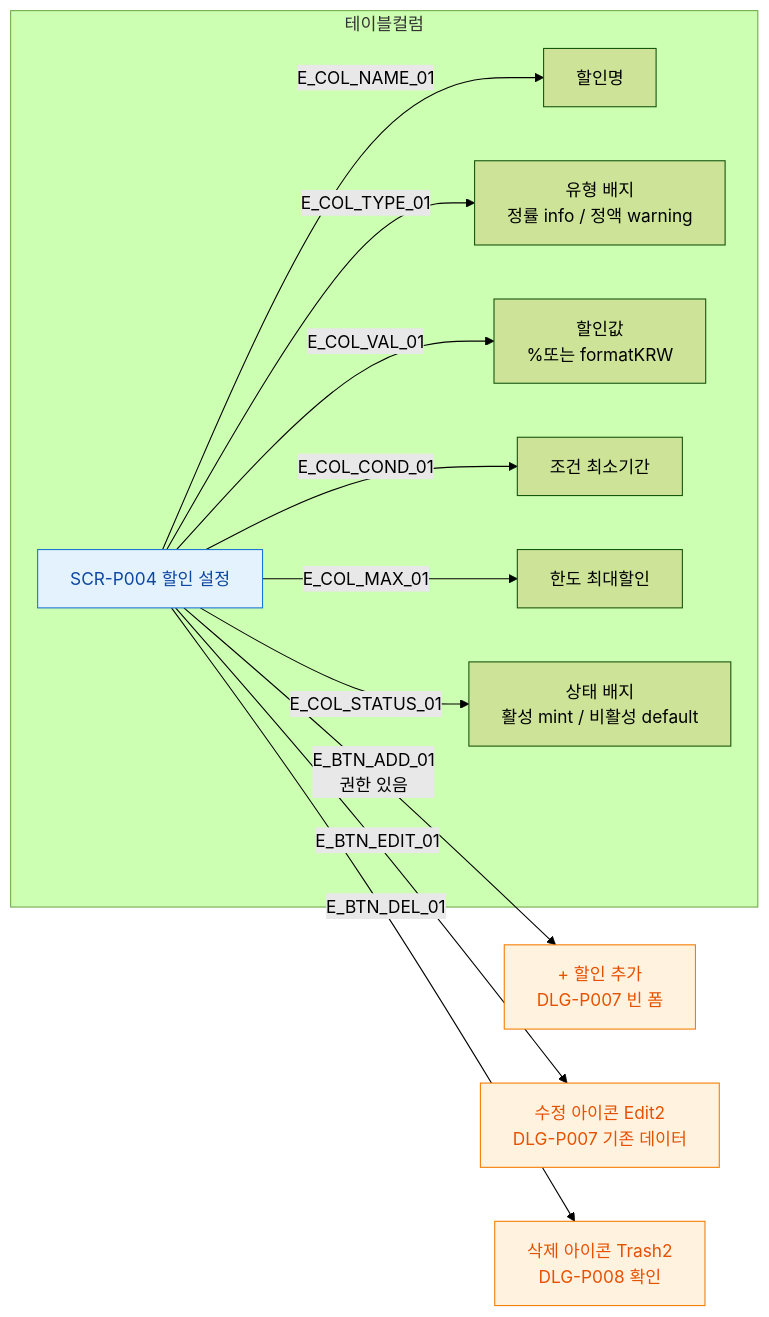
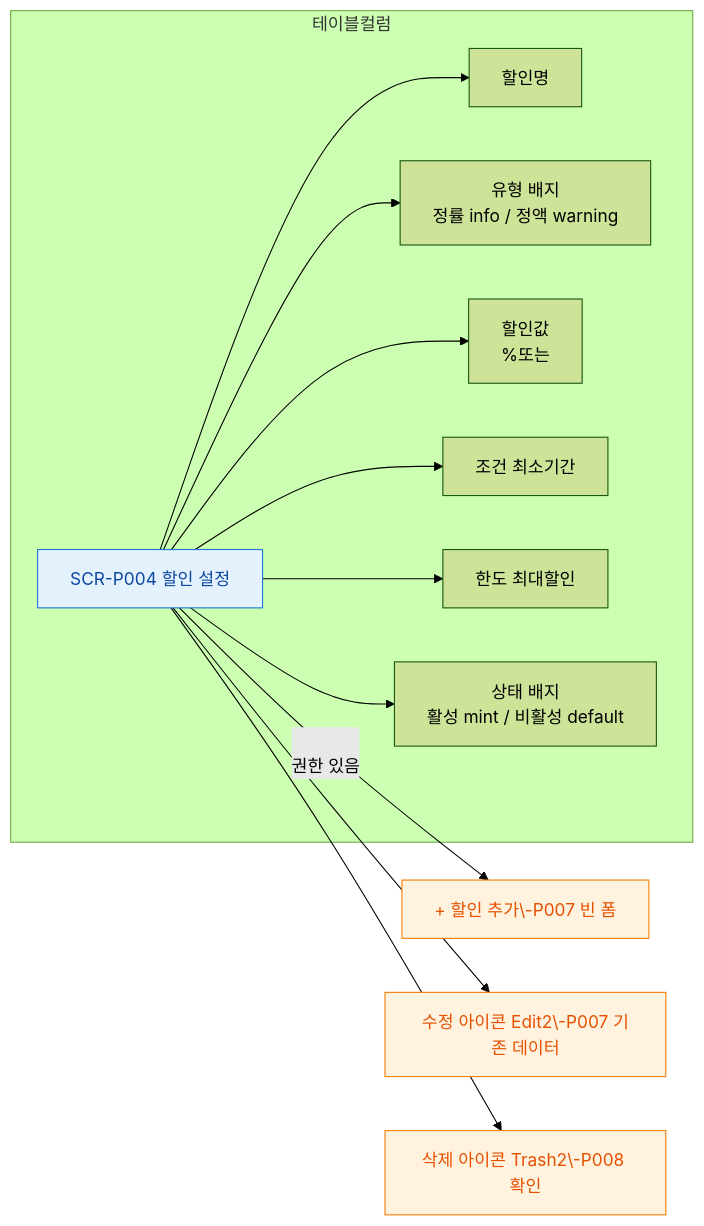
The diagram in docs/다이어그램/D05_상품관리/SCR-P004_할인설정/F3_버튼액션.md (dev-spogym/admin-pando), drawn with Mermaid (forest theme) before and after one commit. The commit also changed other lines of this file and 1660 other files, not shown here.

First line of the commit message:
다이어그램: 기획자/클라이언트 납품본으로 정리

````diff
--- a/docs/다이어그램/D05_상품관리/SCR-P004_할인설정/F3_버튼액션.md
+++ b/docs/다이어그램/D05_상품관리/SCR-P004_할인설정/F3_버튼액션.md
@@ -16,22 +14,22 @@
 ```mermaid
 flowchart LR
     SCR_P004[SCR-P004 할인 설정]
 
-    SCR_P004 -->|E_BTN_ADD_01\n권한 있음| BTN_ADD[+ 할인 추가\nDLG-P007 빈 폼]
-    SCR_P004 -->|E_BTN_EDIT_01| BTN_EDIT[수정 아이콘 Edit2\nDLG-P007 기존 데이터]
-    SCR_P004 -->|E_BTN_DEL_01| BTN_DEL[삭제 아이콘 Trash2\nDLG-P008 확인]
+    SCR_P004 -->|\n권한 있음|BTN_ADD[+ 할인 추가\-P007 빈 폼]
+    SCR_P004 --> BTN_EDIT[수정 아이콘 Edit2\-P007 기존 데이터]
+    SCR_P004 --> BTN_DEL[삭제 아이콘 Trash2\-P008 확인]
 
     subgraph 테이블컬럼
-        SCR_P004 -->|E_COL_NAME_01| COL_NAME[할인명]
-        SCR_P004 -->|E_COL_TYPE_01| COL_TYPE[유형 배지\n정률 info / 정액 warning]
-        SCR_P004 -->|E_COL_VAL_01| COL_VAL[할인값\n%또는 formatKRW]
-        SCR_P004 -->|E_COL_COND_01| COL_COND[조건 최소기간]
-        SCR_P004 -->|E_COL_MAX_01| COL_MAX[한도 최대할인]
-        SCR_P004 -->|E_COL_STATUS_01| COL_STATUS[상태 배지\n활성 mint / 비활성 default]
+        SCR_P004 --> COL_NAME[할인명]
+        SCR_P004 --> COL_TYPE[유형 배지\n정률 info / 정액 warning]
+        SCR_P004 --> COL_VAL[할인값\n%또는]
+        SCR_P004 --> COL_COND[조건 최소기간]
+        SCR_P004 --> COL_MAX[한도 최대할인]
+        SCR_P004 --> COL_STATUS[상태 배지\n활성 mint / 비활성 default]
     end
 
     classDef screen fill:#E3F2FD,stroke:#1976D2,color:#0D47A1
     classDef modal fill:#FFF3E0,stroke:#F57C00,color:#E65100
     class SCR_P004 screen
     class BTN_ADD,BTN_EDIT,BTN_DEL modal
 ```
````
